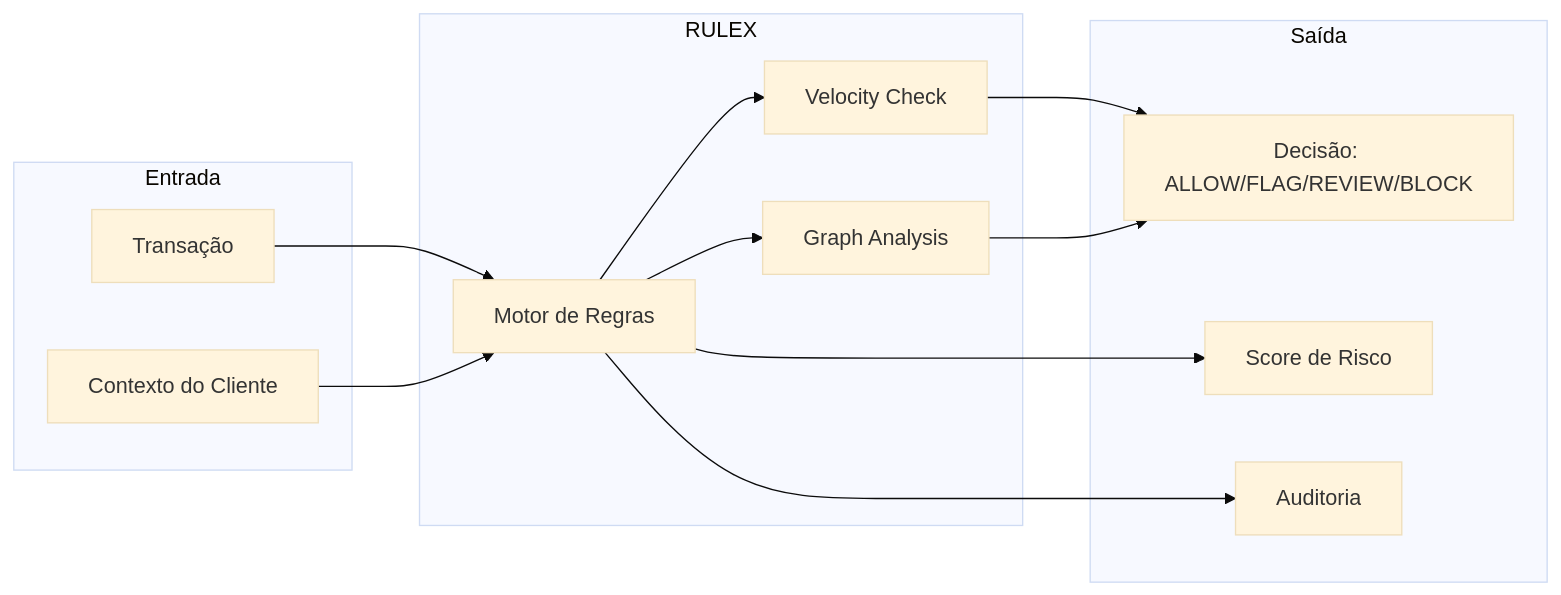
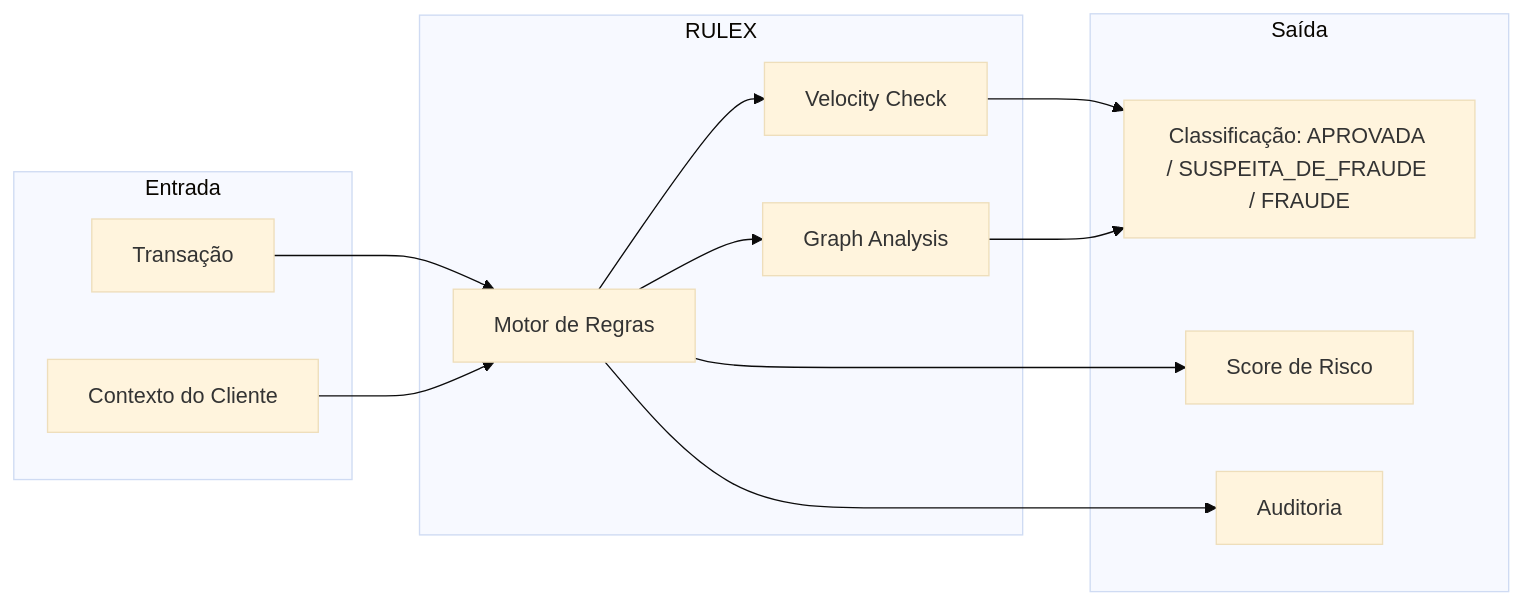
Before and after one commit to FELIPEACASTRO/RULEX: the second of 44 diagrams in docs/DIAGRAMAS.md, drawn with Mermaid (base theme). The commit also changed other lines of this file and 7 other files, not shown here.

Commit message:
docs(diagramas): normalize /api endpoints and de-hallucinate flows

````diff
--- a/docs/DIAGRAMAS.md
+++ b/docs/DIAGRAMAS.md
@@ -234,25 +292,25 @@
 ```mermaid
 flowchart LR
     subgraph Entrada
         T[Transação]
         C[Contexto do Cliente]
     end
     subgraph RULEX
         M[Motor de Regras]
         V[Velocity Check]
         G[Graph Analysis]
     end
     subgraph Saída
-        D[Decisão: ALLOW/FLAG/REVIEW/BLOCK]
+      D[Classificação: APROVADA / SUSPEITA_DE_FRAUDE / FRAUDE]
         S[Score de Risco]
         A[Auditoria]
     end
     T --> M
     C --> M
     M --> V
     M --> G
     V --> D
     G --> D
     M --> S
     M --> A
 ```
````
